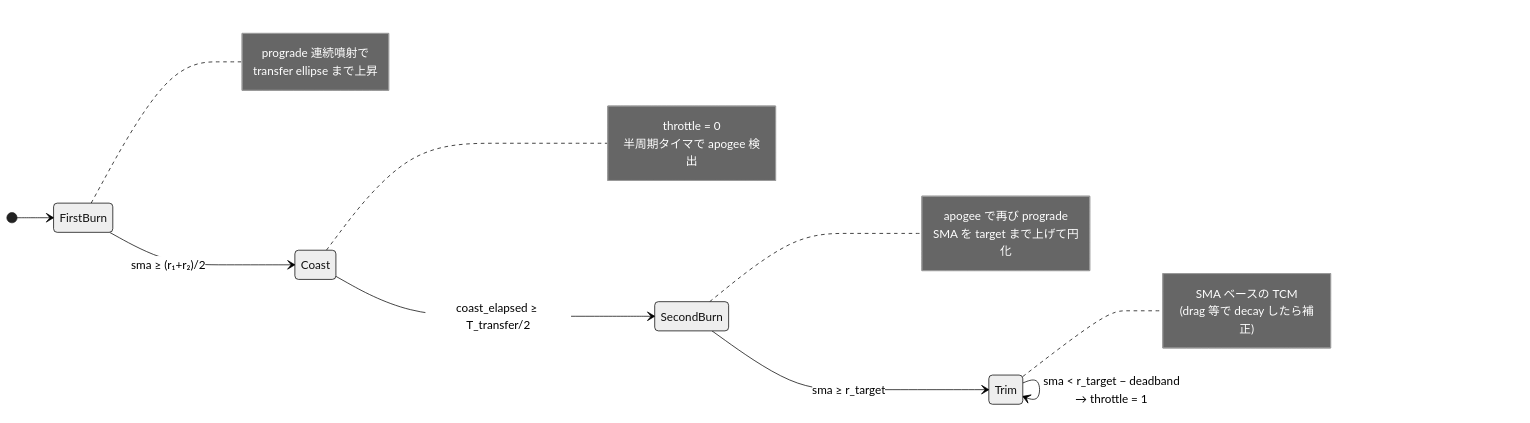
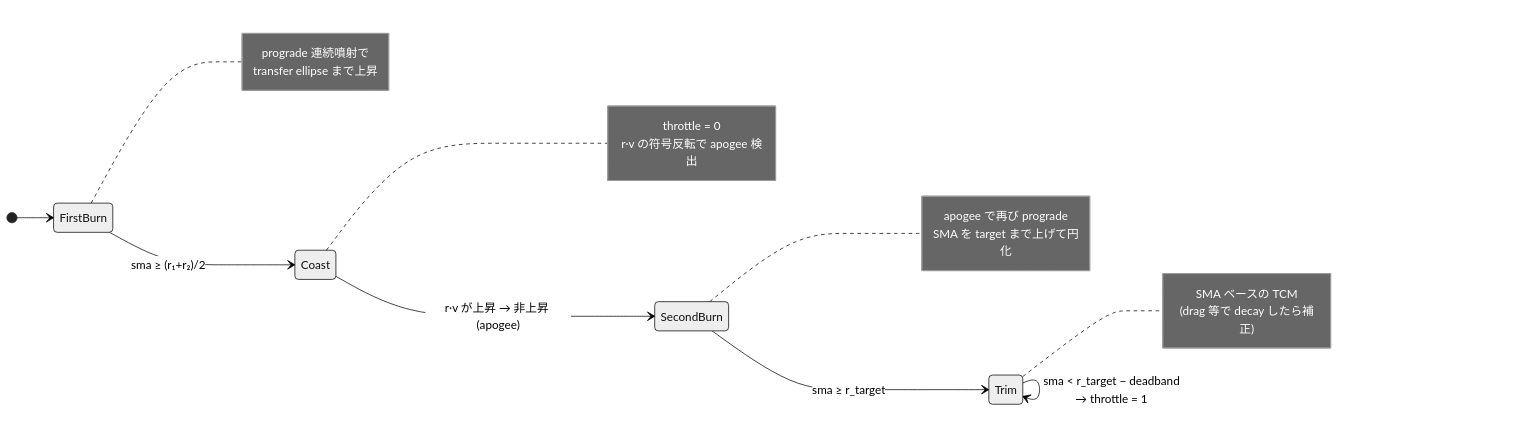
One commit to sksat/orts changed the diagram in plugin-sdk/examples/transfer-burn-with-tcm/README.md. Above: the diagram before and after it, drawn with Mermaid (neutral theme). The commit also changed other lines of this file and 3 other files, not shown here.

````diff
--- a/plugin-sdk/examples/transfer-burn-with-tcm/README.md
+++ b/plugin-sdk/examples/transfer-burn-with-tcm/README.md
@@ -22,21 +22,21 @@
 ```mermaid
 stateDiagram-v2
     direction LR
     [*] --> FirstBurn
     FirstBurn --> Coast: sma ≥ (r₁+r₂)/2
-    Coast --> SecondBurn: coast_elapsed ≥ T_transfer/2
+    Coast --> SecondBurn: r·v が上昇 → 非上昇 (apogee)
     SecondBurn --> Trim: sma ≥ r_target
     Trim --> Trim: sma < r_target − deadband<br/>→ throttle = 1
     note right of FirstBurn
         prograde 連続噴射で<br/>transfer ellipse まで上昇
     end note
     note right of Coast
-        throttle = 0<br/>半周期タイマで apogee 検出
+        throttle = 0<br/>r·v の符号反転で apogee 検出
     end note
     note right of SecondBurn
         apogee で再び prograde<br/>SMA を target まで上げて円化
     end note
     note right of Trim
         SMA ベースの TCM<br/>(drag 等で decay したら補正)
     end note
 ```
````
